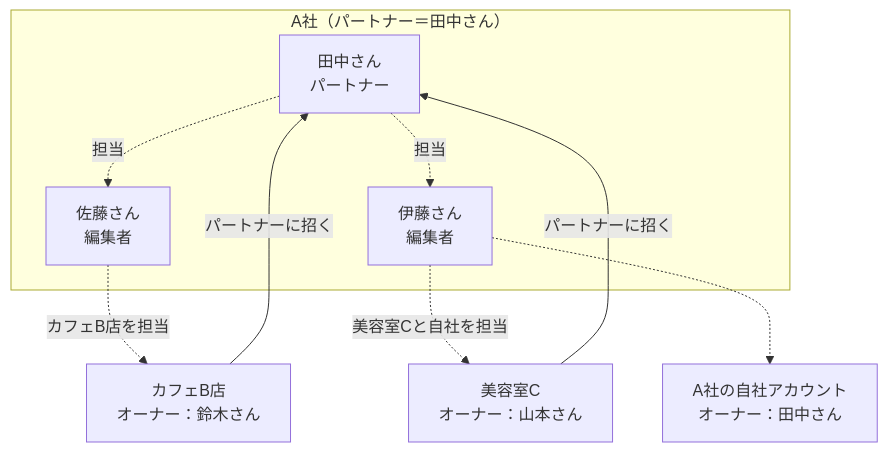
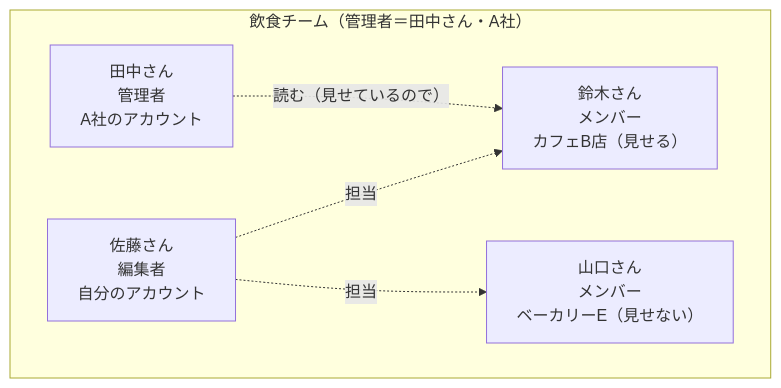
The second of 2 diagrams in docs/team-roles.md (takumi-okuya-dev/meguru-app), drawn with Mermaid before and after one commit. The commit also changed other lines of this file and 117 other files, not shown here.

````diff
--- a/docs/team-roles.md
+++ b/docs/team-roles.md
@@ -42,18 +57,12 @@
 ```mermaid
 flowchart TB
-  subgraph A社["A社（パートナー＝田中さん）"]
-    P["田中さん<br/>パートナー"]
-    E1["佐藤さん<br/>編集者"]
-    E2["伊藤さん<br/>編集者"]
+  subgraph T["飲食チーム（管理者＝田中さん・A社）"]
+    A["田中さん<br/>管理者<br/>A社のアカウント"]
+    O1["鈴木さん<br/>メンバー<br/>カフェB店（見せる）"]
+    O2["山口さん<br/>メンバー<br/>ベーカリーE（見せない）"]
+    E1["佐藤さん<br/>編集者<br/>自分のアカウント"]
   end
-  O1["カフェB店<br/>オーナー：鈴木さん"]
-  O2["美容室C<br/>オーナー：山本さん"]
-  O3["A社の自社アカウント<br/>オーナー：田中さん"]
-  O1 -- "パートナーに招く" --> P
-  O2 -- "パートナーに招く" --> P
-  P -. "担当" .-> E1
-  P -. "担当" .-> E2
-  E1 -. "カフェB店を担当" .-> O1
-  E2 -. "美容室Cと自社を担当" .-> O2
-  E2 -.-> O3
+  E1 -. "担当" .-> O1
+  E1 -. "担当" .-> O2
+  A -. "読む（見せているので）" .-> O1
 ```
````
